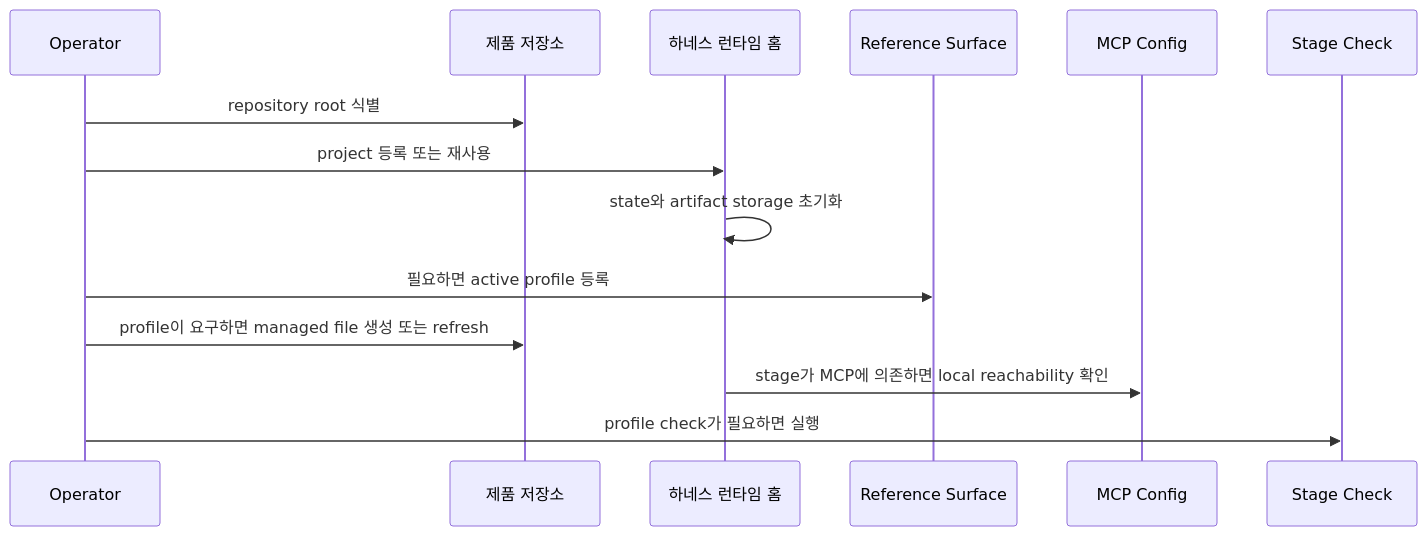
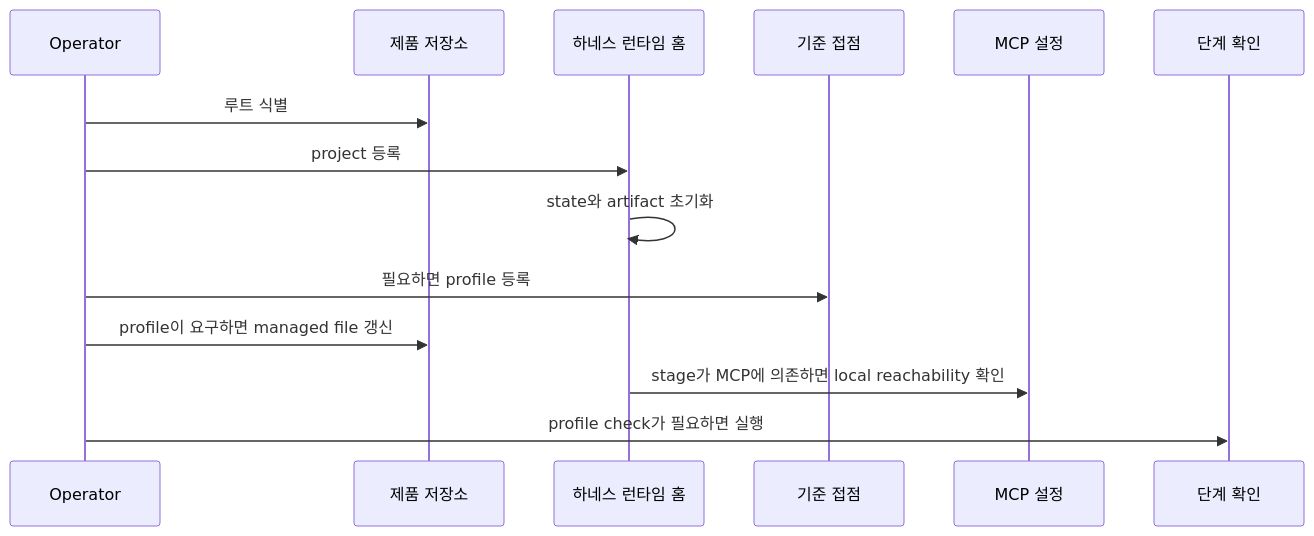
The fourth of 11 diagrams in docs/ko/reference/operations-and-conformance.md (minjungw00/Harness_Project), drawn with Mermaid before and after one commit. The commit also changed other lines of this file and 20 other files, not shown here.

Commit message:
docs: refresh diagrams for staged authority model

````diff
--- a/docs/ko/reference/operations-and-conformance.md
+++ b/docs/ko/reference/operations-and-conformance.md
@@ -220,16 +220,16 @@
 ```mermaid
 sequenceDiagram
   participant Op as Operator
   participant Repo as 제품 저장소
   participant Runtime as 하네스 런타임 홈
-  participant Surface as Reference Surface
-  participant MCP as MCP Config
-  participant Core as Stage Check
-  Op->>Repo: repository root 식별
-  Op->>Runtime: project 등록 또는 재사용
-  Runtime->>Runtime: state와 artifact storage 초기화
-  Op->>Surface: 필요하면 active profile 등록
-  Op->>Repo: profile이 요구하면 managed file 생성 또는 refresh
+  participant Surface as 기준 접점
+  participant MCP as MCP 설정
+  participant Core as 단계 확인
+  Op->>Repo: 루트 식별
+  Op->>Runtime: project 등록
+  Runtime->>Runtime: state와 artifact 초기화
+  Op->>Surface: 필요하면 profile 등록
+  Op->>Repo: profile이 요구하면 managed file 갱신
   Runtime->>MCP: stage가 MCP에 의존하면 local reachability 확인
   Op->>Core: profile check가 필요하면 실행
 ```
````
